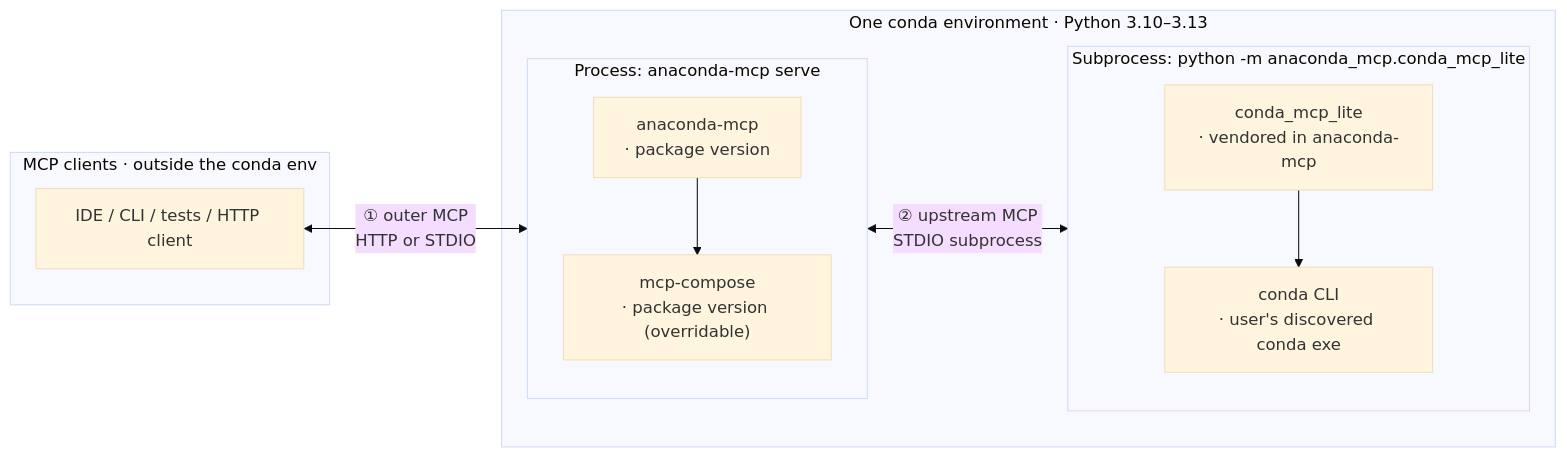
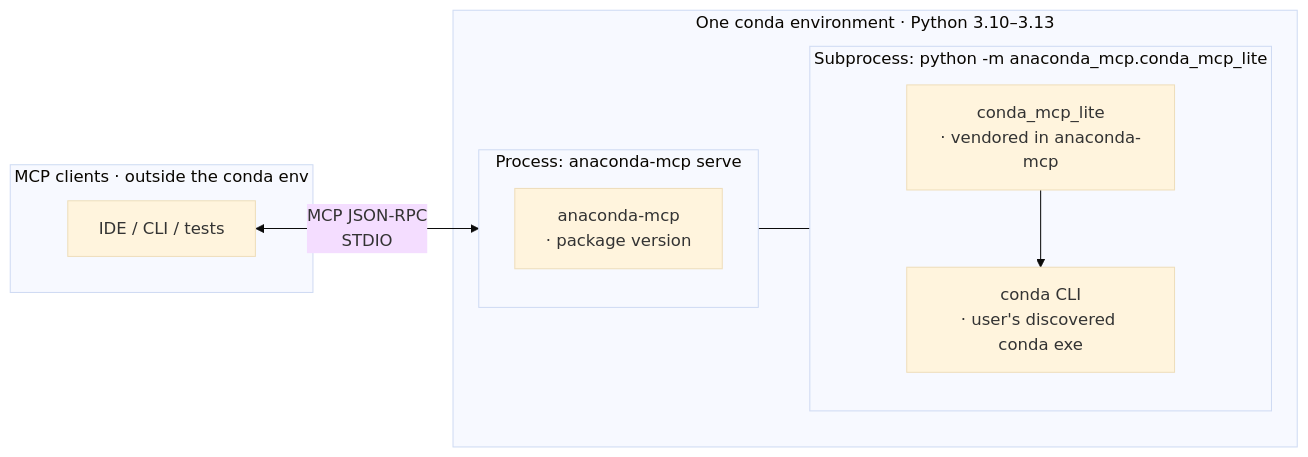
The diagram in tests/qa/mcp_tools/_docs/architecture.md (anaconda/anaconda-mcp), drawn with Mermaid (base theme) before and after one commit. The commit also changed other lines of this file and 53 other files, not shown here.

````diff
--- a/tests/qa/mcp_tools/_docs/architecture.md
+++ b/tests/qa/mcp_tools/_docs/architecture.md
@@ -15,26 +15,24 @@
 ```mermaid
 flowchart LR
   subgraph clients["MCP clients  ·  outside the conda env"]
-    CL["IDE / CLI / tests / HTTP client"]
+    CL["IDE / CLI / tests"]
   end
 
   subgraph cenv["One conda environment  ·  Python 3.10–3.13"]
     subgraph amp["Process: anaconda-mcp serve"]
       direction TB
       AM["anaconda-mcp<br/>· package version"]
-      MC["mcp-compose<br/>· package version (overridable)"]
-      AM --> MC
     end
 
     subgraph ems["Subprocess: python -m anaconda_mcp.conda_mcp_lite"]
       direction TB
       EM["conda_mcp_lite<br/>· vendored in anaconda-mcp"]
       AC["conda CLI<br/>· user's discovered conda exe"]
       EM --> AC
     end
 
-    MC <-->|"② upstream MCP<br/>STDIO subprocess"| EM
+    AM --- EM
   end
 
-  CL <-->|"① outer MCP<br/>HTTP or STDIO"| AM
+  CL <-->|"MCP JSON-RPC<br/>STDIO"| AM
 ```
````
